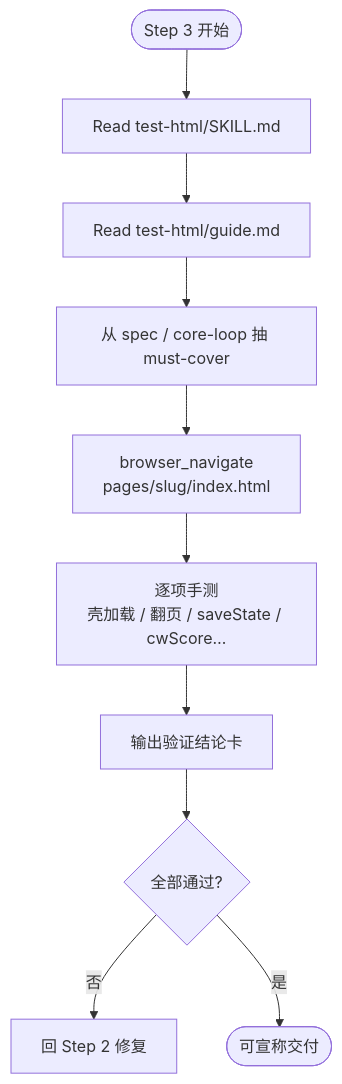
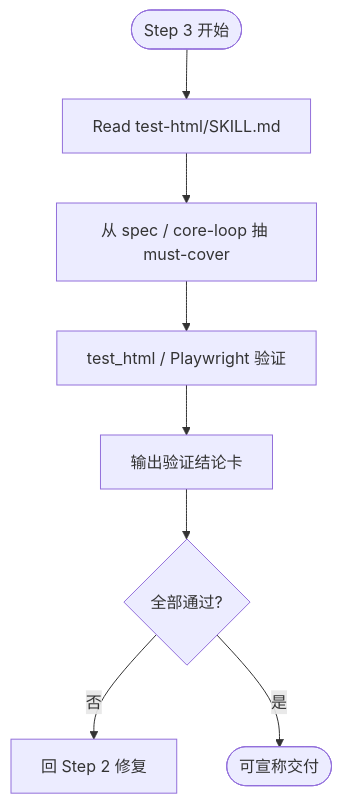
The fourth of 5 diagrams in .cursor/skills/teaching-page-v3/courseware-generator/只供用户查看的调用流程.md (zhangyicheng95/feixiang-skill-test), drawn with Mermaid before and after one commit. The commit also changed other lines of this file and 6 other files, not shown here.

````diff
--- a/.cursor/skills/teaching-page-v3/courseware-generator/只供用户查看的调用流程.md
+++ b/.cursor/skills/teaching-page-v3/courseware-generator/只供用户查看的调用流程.md
@@ -71,12 +71,10 @@
 ```mermaid
 flowchart TD
     S3_START([Step 3 开始]) --> R_TEST[Read test-html/SKILL.md]
-    R_TEST --> R_GUIDE[Read test-html/guide.md]
-    R_GUIDE --> MUST[从 spec / core-loop 抽 must-cover]
-    MUST --> BROWSER[browser_navigate<br/>pages/slug/index.html]
-    BROWSER --> HAND[逐项手测<br/>壳加载 / 翻页 / saveState / cwScore…]
-    HAND --> CARD[输出验证结论卡]
+    R_TEST --> MUST[从 spec / core-loop 抽 must-cover]
+    MUST --> TEST[test_html / Playwright 验证]
+    TEST --> CARD[输出验证结论卡]
     CARD --> OK{全部通过?}
     OK -->|否| BACK[回 Step 2 修复]
     OK -->|是| S3_END([可宣称交付])
 ```
````
